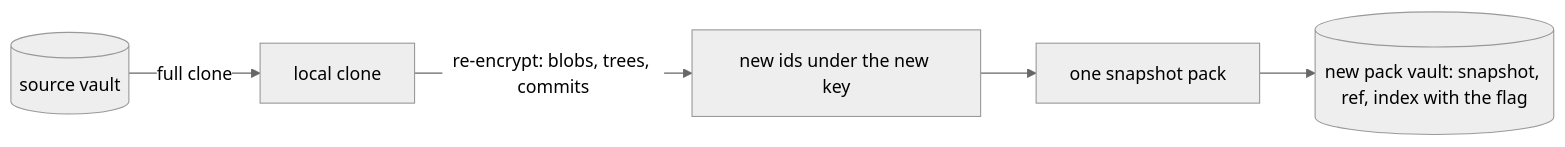
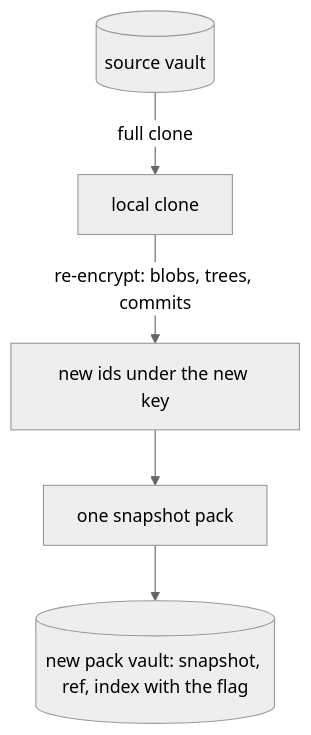
The sixth of 6 diagrams in articles/a-pack-per-push.md (SGit-AI/SGit-AI__Website__Cli), drawn with Mermaid (neutral theme) before and after one commit. The commit also changed other lines of this file and 27 other files, not shown here.

First line of the commit message:
site v0.2.4: diagrams at a readable size

````diff
--- a/articles/a-pack-per-push.md
+++ b/articles/a-pack-per-push.md
@@ -198,8 +198,8 @@
 ```mermaid
 %% Importing a vault: a full clone, re-encrypted under a new key the way vault move does it, written as one snapshot pack. The source is not touched.
-flowchart LR
+flowchart TD
     S[(source vault)] -- full clone --> L[local clone]
     L -- re-encrypt: blobs, trees, commits --> N[new ids under the new key]
     N --> P[one snapshot pack]
     P --> V[(new pack vault: snapshot, ref, index with the flag)]
 ```
````
